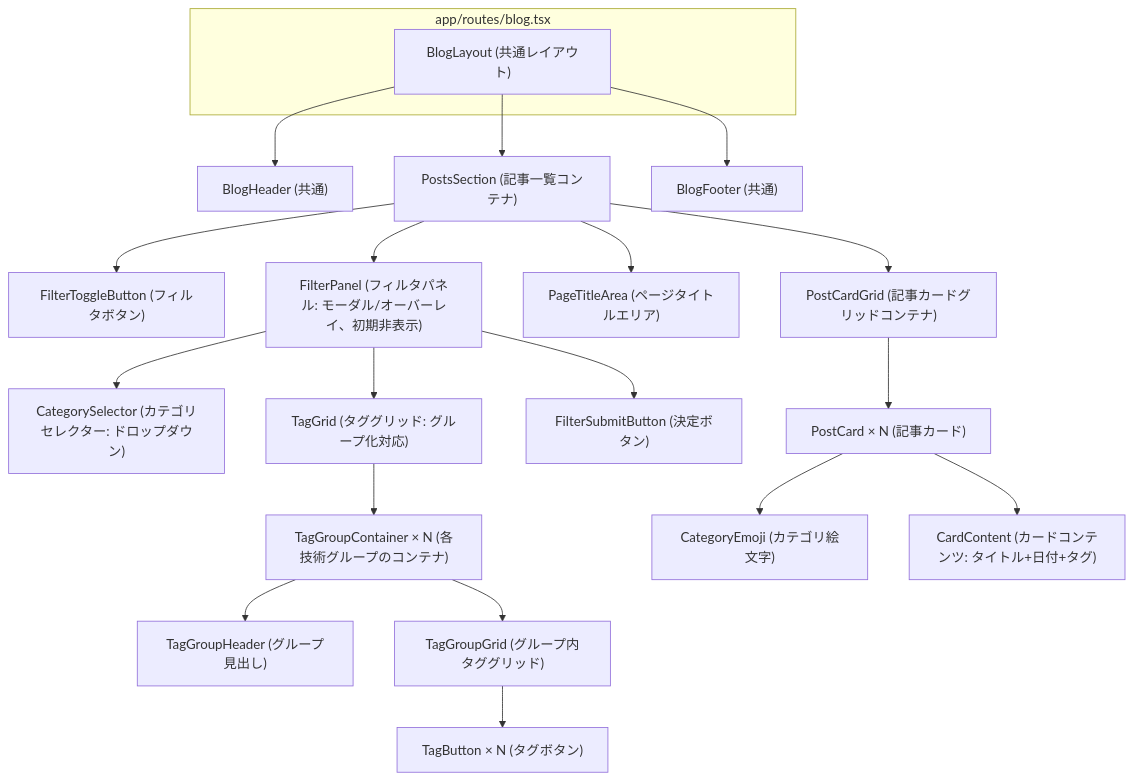
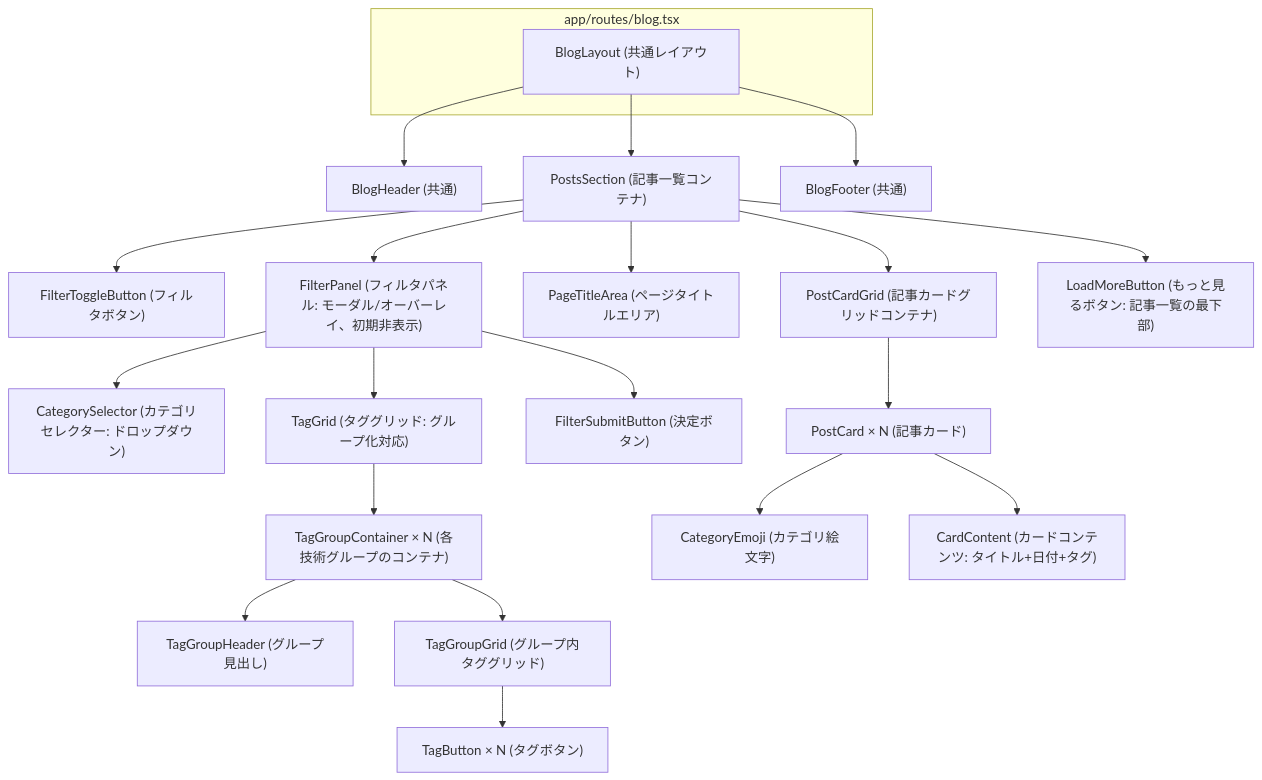
The diagram in develop/blog/posts/uiux-spec.md (tezuka-Akihiro/ClaudeMix), drawn with Mermaid before and after one commit. The commit also changed other lines of this file and 19 other files, not shown here.

Commit message:
Merge remote-tracking branch 'origin/claude/pagination-load-more-Sh67H'

````diff
--- a/develop/blog/posts/uiux-spec.md
+++ b/develop/blog/posts/uiux-spec.md
@@ -85,29 +85,30 @@
 ```mermaid
 graph TD
     subgraph Page["app/routes/blog.tsx"]
         A["BlogLayout (共通レイアウト)"]
     end
 
     A --> B["BlogHeader (共通)"]
     A --> C["PostsSection (記事一覧コンテナ)"]
     A --> D["BlogFooter (共通)"]
 
     C --> E["FilterToggleButton (フィルタボタン)"]
     C --> F["FilterPanel (フィルタパネル: モーダル/オーバーレイ、初期非表示)"]
     C --> G["PageTitleArea (ページタイトルエリア)"]
     C --> H["PostCardGrid (記事カードグリッドコンテナ)"]
+    C --> IX["LoadMoreButton (もっと見るボタン: 記事一覧の最下部)"]
 
-    F --> I["CategorySelector (カテゴリセレクター: ドロップダウン)"]
-    F --> J["TagGrid (タググリッド: グループ化対応)"]
-    F --> K["FilterSubmitButton (決定ボタン)"]
+    F --> J["CategorySelector (カテゴリセレクター: ドロップダウン)"]
+    F --> K["TagGrid (タググリッド: グループ化対応)"]
+    F --> L["FilterSubmitButton (決定ボタン)"]
 
-    J --> J1["TagGroupContainer × N (各技術グループのコンテナ)"]
-    J1 --> J2["TagGroupHeader (グループ見出し)"]
-    J1 --> J3["TagGroupGrid (グループ内タググリッド)"]
-    J3 --> J4["TagButton × N (タグボタン)"]
+    K --> K1["TagGroupContainer × N (各技術グループのコンテナ)"]
+    K1 --> K2["TagGroupHeader (グループ見出し)"]
+    K1 --> K3["TagGroupGrid (グループ内タググリッド)"]
+    K3 --> K4["TagButton × N (タグボタン)"]
 
-    H --> L["PostCard × N (記事カード)"]
+    H --> M["PostCard × N (記事カード)"]
 
-    L --> M["CategoryEmoji (カテゴリ絵文字)"]
-    L --> N["CardContent (カードコンテンツ: タイトル+日付+タグ)"]
+    M --> N["CategoryEmoji (カテゴリ絵文字)"]
+    M --> O["CardContent (カードコンテンツ: タイトル+日付+タグ)"]
 ```
````
